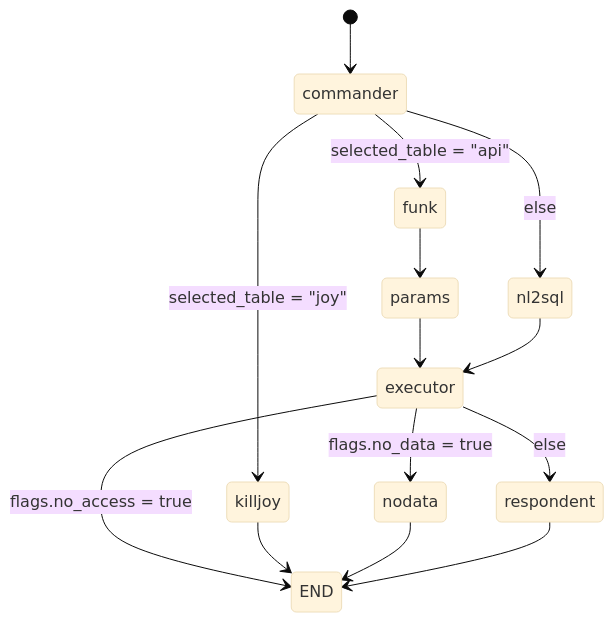
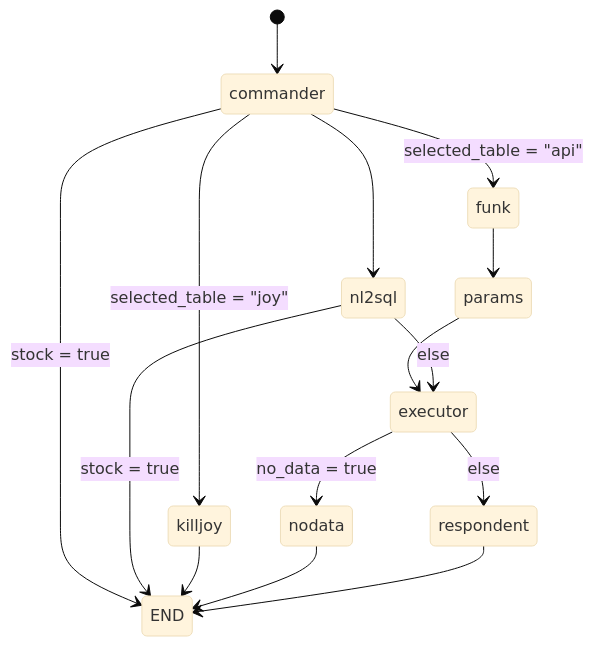
One commit to kangbw0420/QUVI changed the diagram in README.md. Above: the diagram before and after it, drawn with Mermaid (base theme). The commit also changed other lines of this file and 1 other file, not shown here.

Commit message:
증권 조회 제한_was

````diff
--- a/README.md
+++ b/README.md
@@ -7,21 +7,22 @@
 ```mermaid
 stateDiagram-v2
     [*] --> commander
     
+    commander --> END: stock = true
     commander --> funk: selected_table = "api"
     commander --> killjoy: selected_table = "joy"
-    commander --> nl2sql: else
+    commander --> nl2sql
     
     funk --> params
     params --> executor
     
-    nl2sql --> executor
+    nl2sql --> END: stock = true
+    nl2sql --> executor: else
     
-    executor --> END: flags.no_access = true
-    executor --> nodata: flags.no_data = true
+    executor --> nodata: no_data = true
     executor --> respondent: else
     
     killjoy --> END
     nodata --> END
     respondent --> END
 ```
````
